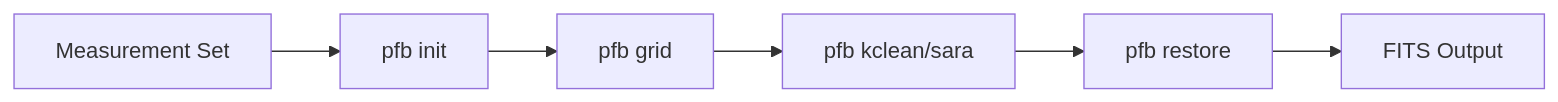
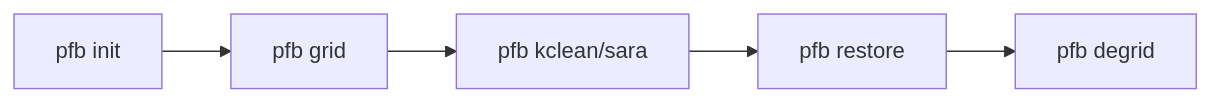
One commit to ratt-ru/pfb-imaging changed the diagram in docs/index.md. Above: the diagram before and after it, drawn with Mermaid. The commit also changed other lines of this file and 14 other files, not shown here.

````diff
--- a/docs/index.md
+++ b/docs/index.md
@@ -90,8 +52,7 @@
 ```mermaid
 graph LR
-    A[Measurement Set] --> B[pfb init]
-    B --> C[pfb grid]
-    C --> D[pfb kclean/sara]
-    D --> E[pfb restore]
-    E --> F[FITS Output]
+    A[pfb init] --> B[pfb grid]
+    B --> C[pfb kclean/sara]
+    C --> D[pfb restore]
+    D --> E[pfb degrid]
 ```
````
